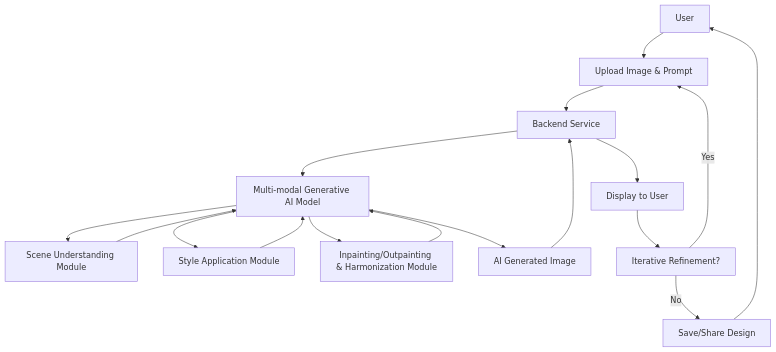
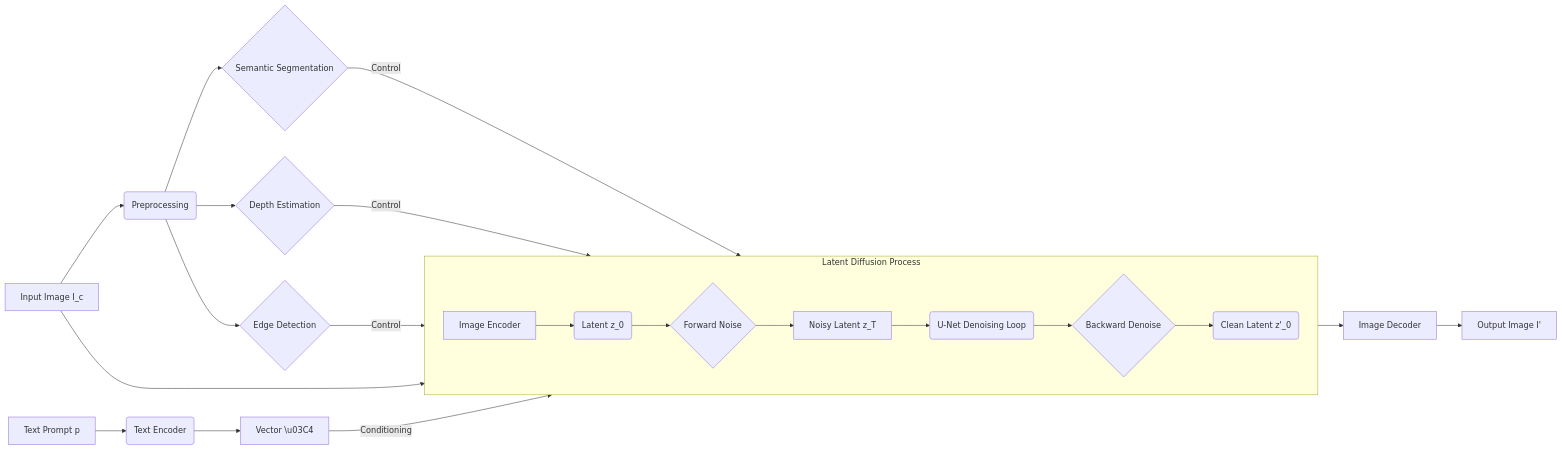
The second of 10 diagrams in inventions/068_generative_interior_design.md (diplomat-bit/Citibank_Demo_Business_Inc_Demonstration-), drawn with Mermaid before and after one commit. The commit also changed other lines of this file, not shown here.

Commit message:
[AI] Edit: inventions/068_generative_interior_design.md

````diff
--- a/inventions/068_generative_interior_design.md
+++ b/inventions/068_generative_interior_design.md
@@ -36,19 +125,29 @@
 ```mermaid
-graph TD
-    A[User] --> B[Upload Image & Prompt];
-    B --> C[Backend Service];
-    C --> D[Multi-modal Generative AI Model];
-    D --> E[Scene Understanding Module];
-    D --> F[Style Application Module];
-    D --> G[Inpainting/Outpainting & Harmonization Module];
-    E --> D;
-    F --> D;
-    G --> D;
-    D --> H[AI Generated Image];
-    H --> C;
-    C --> I[Display to User];
-    I --> J[Iterative Refinement?];
-    J -- Yes --> B;
-    J -- No --> K[Save/Share Design];
-    K --> A;
+graph LR
+    A[Input Image I_c] --> B(Preprocessing);
+    B --> C{Semantic Segmentation};
+    B --> D{Depth Estimation};
+    B --> E{Edge Detection};
+    
+    F[Text Prompt p] --> G(Text Encoder);
+    G --> H[Vector \u03C4];
+
+    subgraph Latent Diffusion Process
+        direction LR
+        I[Image Encoder] --> J(Latent z_0);
+        J --> K{Forward Noise};
+        K --> L[Noisy Latent z_T];
+        L --> M(U-Net Denoising Loop);
+        M --> N{Backward Denoise};
+        N --> J_prime(Clean Latent z'_0);
+    end
+
+    C --> |Control| M;
+    D --> |Control| M;
+    E --> |Control| M;
+    H --> |Conditioning| M;
+    
+    A --> I;
+    N --> O[Image Decoder];
+    O --> P[Output Image I'];
 ```
````
